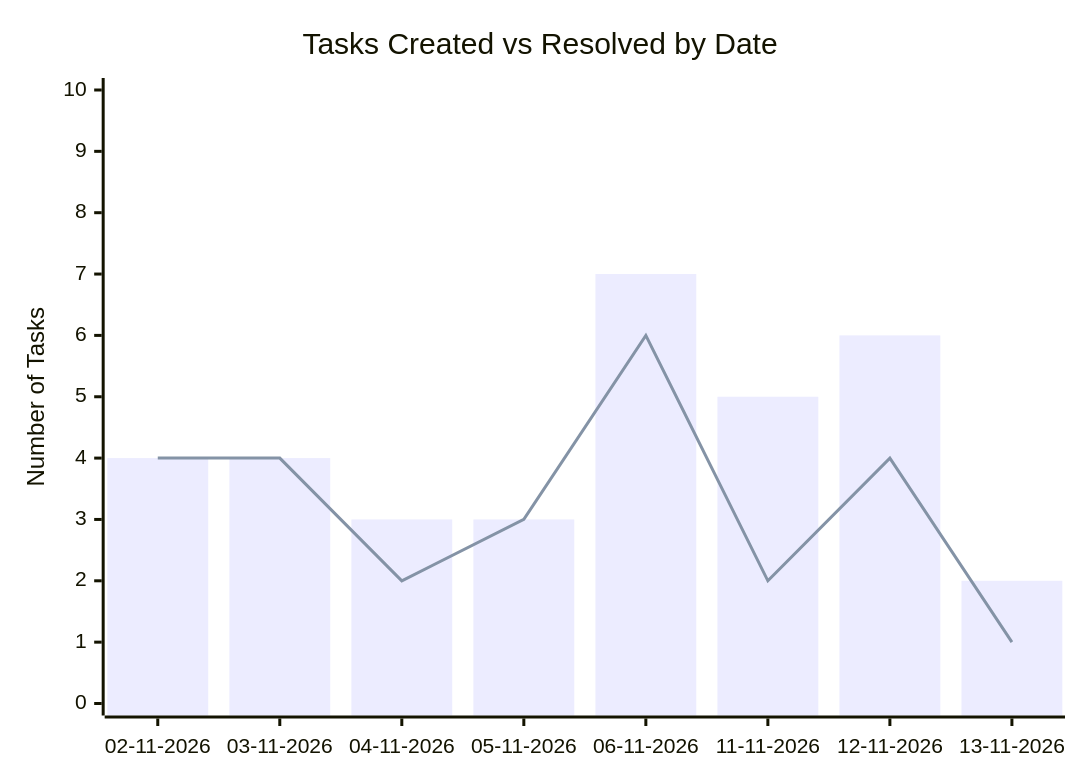
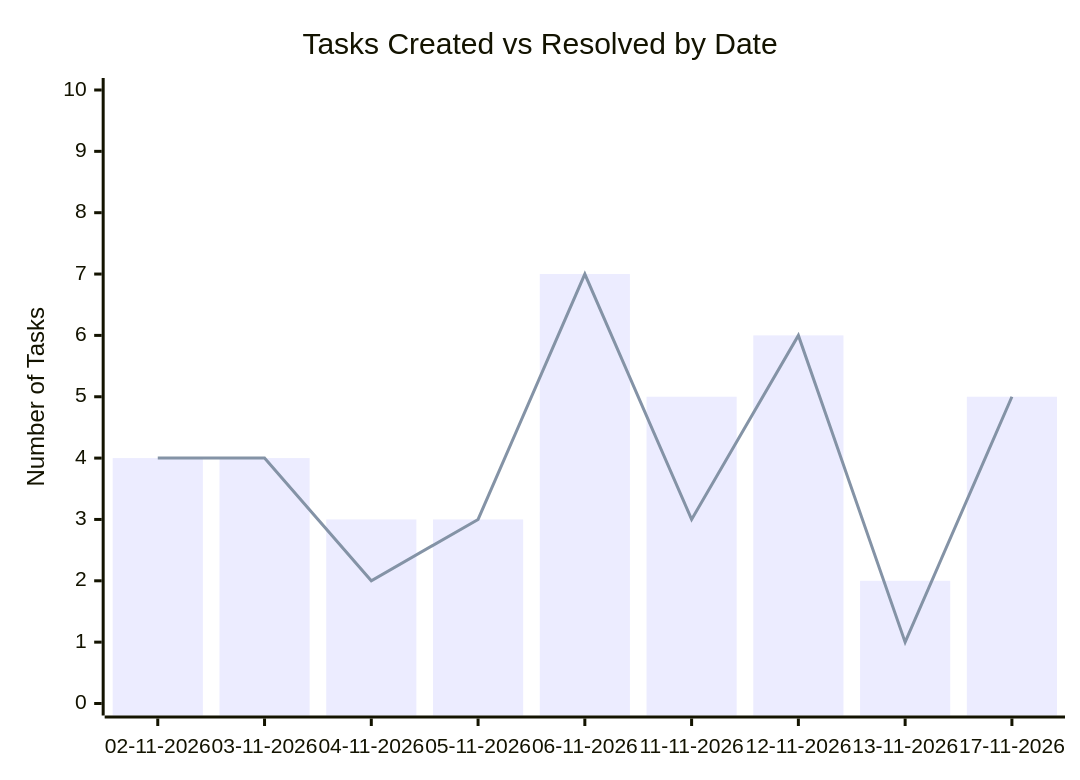
The second of 2 diagrams in Sanchay/Analytics.md (sagarms97/MyWorkDairy), drawn with Mermaid before and after one commit. The commit also changed other lines of this file and 4 other files, not shown here.

````diff
--- a/Sanchay/Analytics.md
+++ b/Sanchay/Analytics.md
@@ -31,8 +32,8 @@
 ```mermaid
 xychart-beta
     title "Tasks Created vs Resolved by Date"
-    x-axis ["02-11-2026", "03-11-2026", "04-11-2026", "05-11-2026", "06-11-2026", "11-11-2026", "12-11-2026", "13-11-2026"]
+    x-axis ["02-11-2026", "03-11-2026", "04-11-2026", "05-11-2026", "06-11-2026", "11-11-2026", "12-11-2026", "13-11-2026", "17-11-2026"]
     y-axis "Number of Tasks" 0 --> 10
-    bar [4, 4, 3, 3, 7, 5, 6, 2]
-    line [4, 4, 2, 3, 6, 2, 4, 1]
+    bar [4, 4, 3, 3, 7, 5, 6, 2, 5]
+    line [4, 4, 2, 3, 7, 3, 6, 1, 5]
 ```
````
